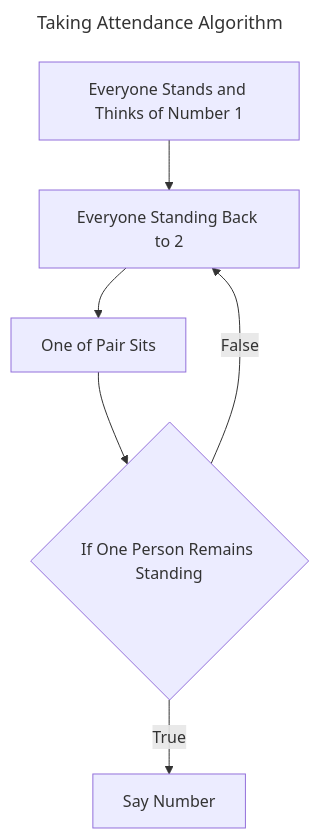
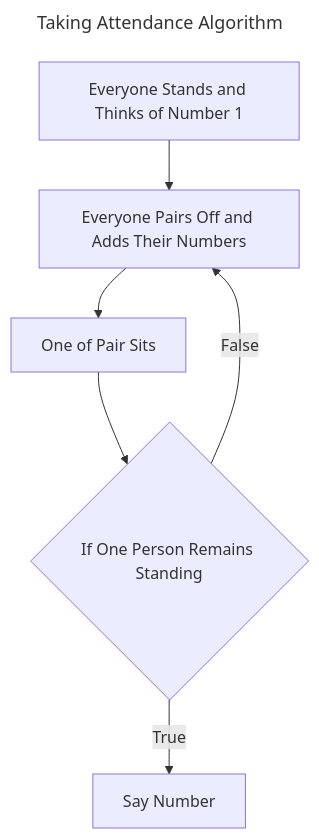
The first of 3 diagrams in CS50/03-Algorithms/README.md (maclong9/harvard-compsci), drawn with Mermaid before and after one commit.

````diff
--- a/CS50/03-Algorithms/README.md
+++ b/CS50/03-Algorithms/README.md
@@ -3,13 +3,13 @@
 ``` mermaid
 ---
 title: Taking Attendance Algorithm
 ---
 
 flowchart TD
     1["Everyone Stands and Thinks of Number 1"] -->
     2["Everyone Pairs Off and Adds Their Numbers"] -->
     3["One of Pair Sits"] -->
     4{"If One Person Remains Standing"}
     4 -->|True| 5["Say Number"]
-    4 -->|False| 2["Everyone Standing Back to 2"]
+    4 -->|False| 2
 ```
````
